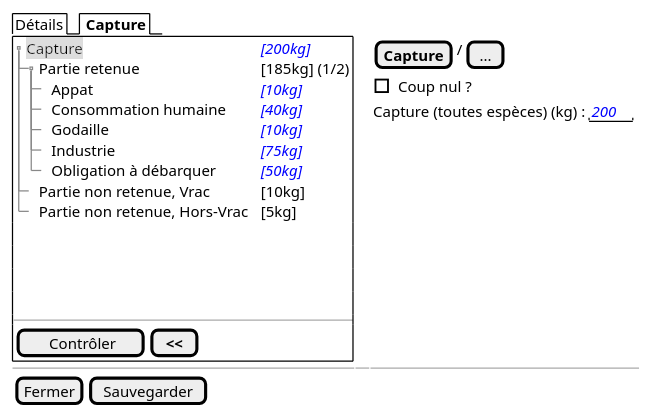
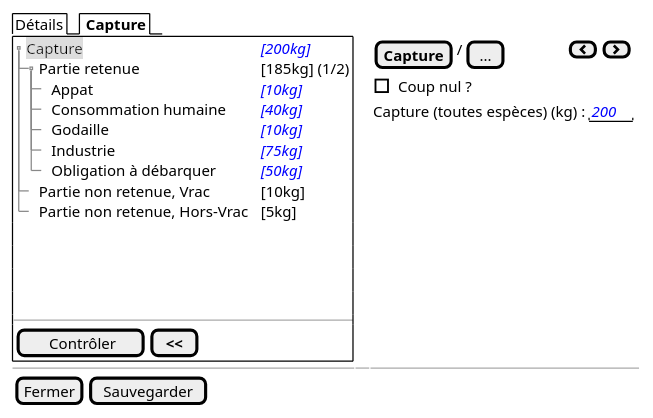
One commit to sumaris-net/sumaris-doc changed the diagram in projects/obsmer/spe/images/batch/batch-tree-control.puml. Above: the diagram before and after it, drawn with PlantUML. The commit also changed 27 other files, not shown here.

```diff
--- a/projects/obsmer/spe/images/batch/batch-tree-control.puml
+++ b/projects/obsmer/spe/images/batch/batch-tree-control.puml
@@ -1,35 +1,35 @@
 @startsalt
 {
   {/ Détails | <b> Capture }
   {+
     {T
          + <back:#DDD>Capture         | <i><color:blue>[200kg]
          ++ Partie retenue       | [185kg] (1/2)
        +++ Appat | <i><color:blue>[10kg]
        +++ Consommation humaine | <i><color:blue>[40kg]
        +++ Godaille | <i><color:blue>[10kg]
        +++ Industrie | <i><color:blue>[75kg]
        +++ Obligation à débarquer| <i><color:blue>[50kg]
          ++ Partie non retenue, Vrac      | [10kg]
          ++ Partie non retenue, Hors-Vrac | [5kg]
     }
     .
     .
     .
     .
     --
     {
        [<&checkmark> Contrôler] | [ <b><< ]
     }
   } | . | {
 
-   { [<b>Capture] | / | [...]}
+   { [<b>Capture] | / | [...]| . | . | . | . | . | . | . | . | . | [<&chevron-left>] | [<&chevron-right>] }
 
        {[ ] Coup nul ? }
        {Capture (toutes espèces) (kg) : | " <i><color:blue>200" }
   }
 
   -- | -- | --
   { [Fermer] | [Sauvegarder] }
 }
 @endsalt
```
